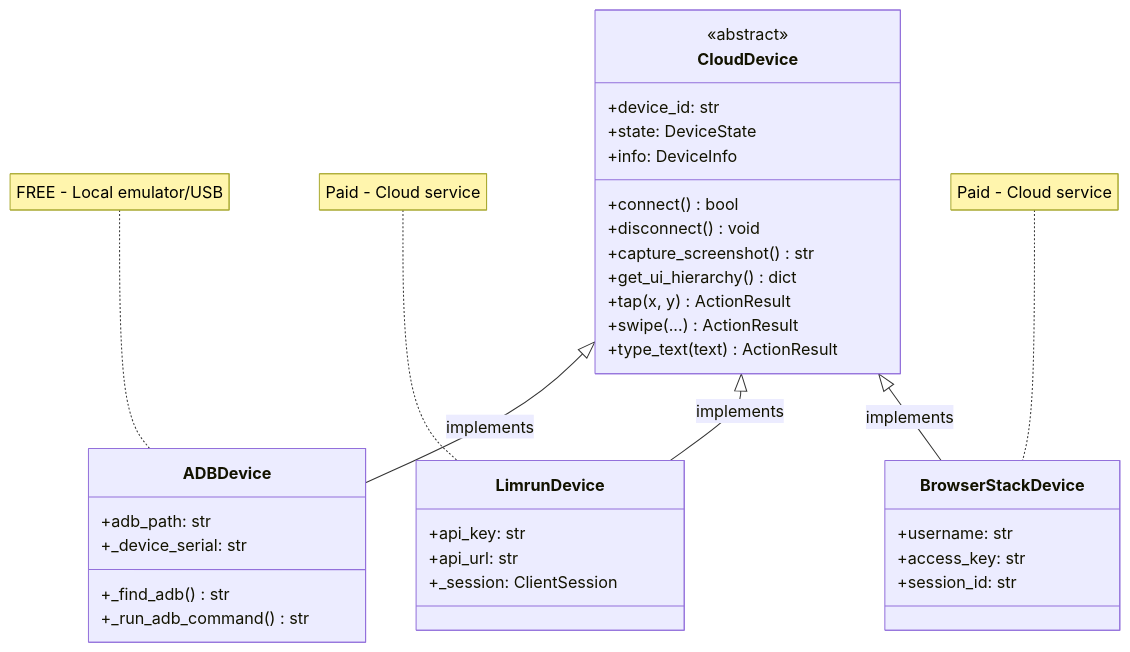
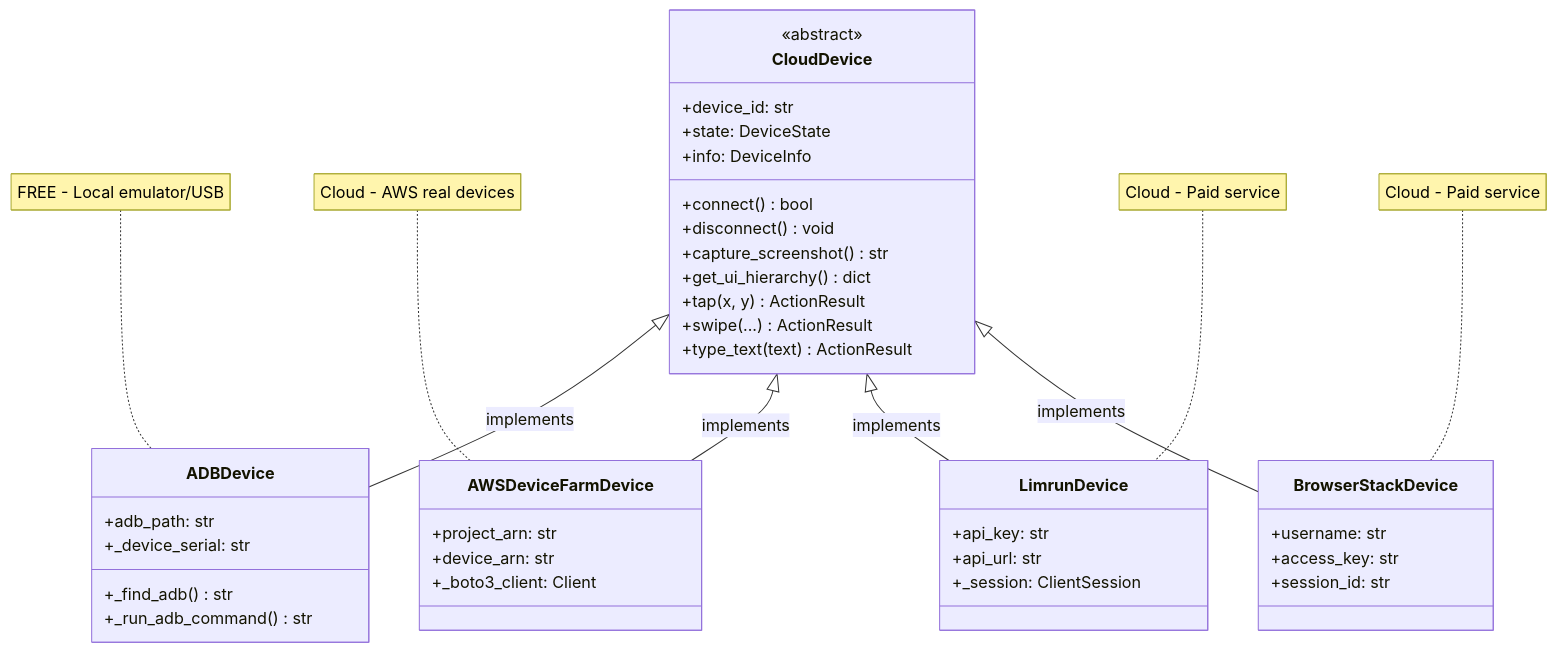
The third of 9 diagrams in ARCHITECTURE.md (varunaditya27/android-ai-agent), drawn with Mermaid before and after one commit. The commit also changed other lines of this file and 1 other file, not shown here.

Commit message:
Update README and ARCHITECTURE files

````diff
--- a/ARCHITECTURE.md
+++ b/ARCHITECTURE.md
@@ -357,43 +426,51 @@
 ```mermaid
 classDiagram
     class CloudDevice {
         <<abstract>>
         +device_id: str
         +state: DeviceState
         +info: DeviceInfo
         +connect() bool
         +disconnect() void
         +capture_screenshot() str
         +get_ui_hierarchy() dict
         +tap(x, y) ActionResult
         +swipe(...) ActionResult
         +type_text(text) ActionResult
     }
 
     class ADBDevice {
         +adb_path: str
         +_device_serial: str
         +_find_adb() str
         +_run_adb_command() str
     }
 
+    class AWSDeviceFarmDevice {
+        +project_arn: str
+        +device_arn: str
+        +_boto3_client: Client
+    }
+
     class LimrunDevice {
         +api_key: str
         +api_url: str
         +_session: ClientSession
     }
 
     class BrowserStackDevice {
         +username: str
         +access_key: str
         +session_id: str
     }
 
     CloudDevice <|-- ADBDevice : implements
+    CloudDevice <|-- AWSDeviceFarmDevice : implements
     CloudDevice <|-- LimrunDevice : implements
     CloudDevice <|-- BrowserStackDevice : implements
 
     note for ADBDevice "FREE - Local emulator/USB"
-    note for LimrunDevice "Paid - Cloud service"
-    note for BrowserStackDevice "Paid - Cloud service"
+    note for AWSDeviceFarmDevice "Cloud - AWS real devices"
+    note for LimrunDevice "Cloud - Paid service"
+    note for BrowserStackDevice "Cloud - Paid service"
 ```
````
